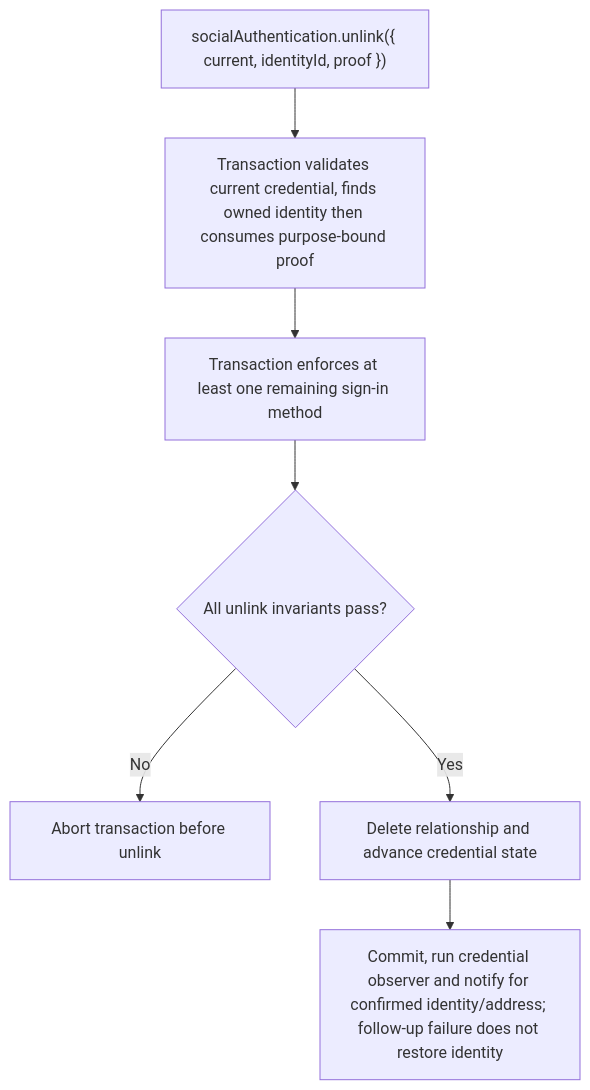
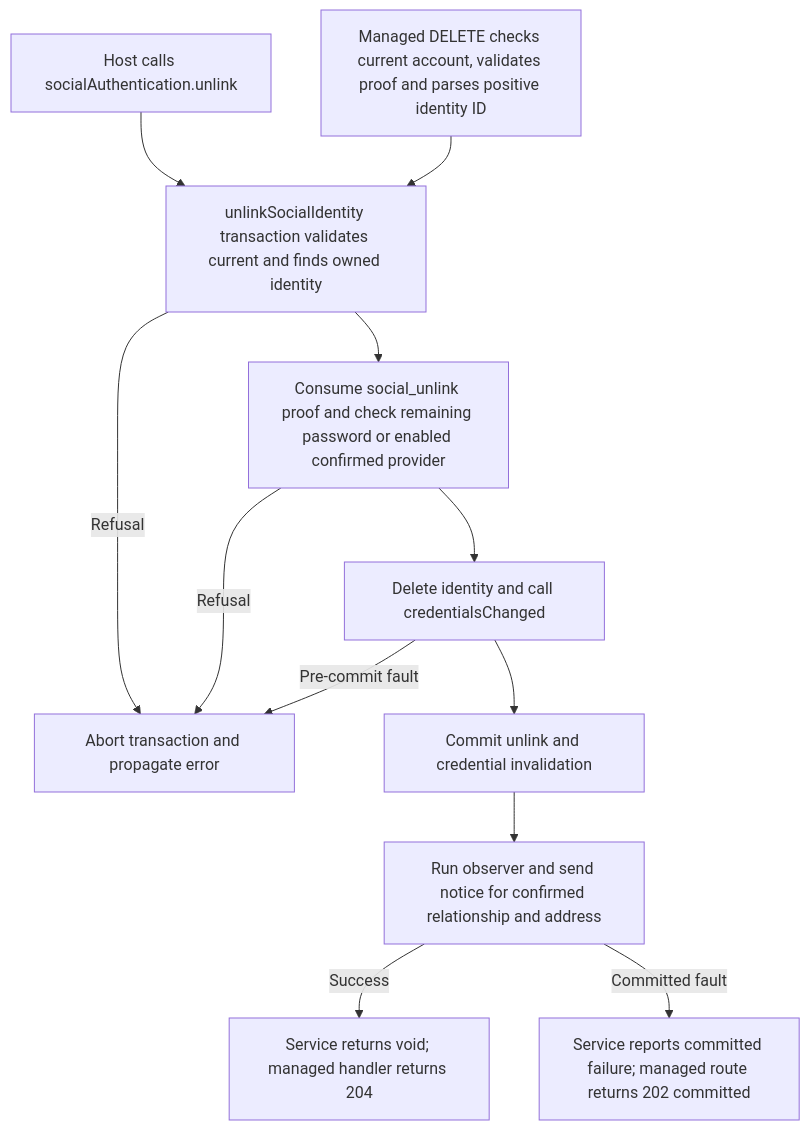
One commit to Kevinjohn/oss-adonisjs-account-kit changed the second of 2 diagrams in user-stories/US-ACCOUNT-22-unlink-social-identity.md. Above: the diagram before and after it, drawn with Mermaid. The commit also changed other lines of this file and 70 other files, not shown here.

````diff
--- a/user-stories/US-ACCOUNT-22-unlink-social-identity.md
+++ b/user-stories/US-ACCOUNT-22-unlink-social-identity.md
@@ -32,9 +34,14 @@
 ```mermaid
 flowchart TD
- A["socialAuthentication.unlink({ current, identityId, proof })"] --> B["Transaction validates current credential, finds owned identity then consumes purpose-bound proof"]
- B --> C["Transaction enforces at least one remaining sign-in method"]
- C --> D{"All unlink invariants pass?"}
- D -->|No| E["Abort transaction before unlink"]
- D -->|Yes| F["Delete relationship and advance credential state"]
- F --> G["Commit, run credential observer and notify for confirmed identity/address; follow-up failure does not restore identity"]
+ H["Host calls socialAuthentication.unlink"] --> A
+ M["Managed DELETE checks current account, validates proof and parses positive identity ID"] --> A
+ A["unlinkSocialIdentity transaction validates current and finds owned identity"] --> P["Consume social_unlink proof and check remaining password or enabled confirmed provider"]
+ P --> F["Delete identity and call credentialsChanged"]
+ A -->|Refusal| E["Abort transaction and propagate error"]
+ P -->|Refusal| E
+ F -->|Pre-commit fault| E
+ F --> C["Commit unlink and credential invalidation"]
+ C --> O["Run observer and send notice for confirmed relationship and address"]
+ O -->|Success| S["Service returns void; managed handler returns 204"]
+ O -->|Committed fault| D["Service reports committed failure; managed route returns 202 committed"]
 ```
````
